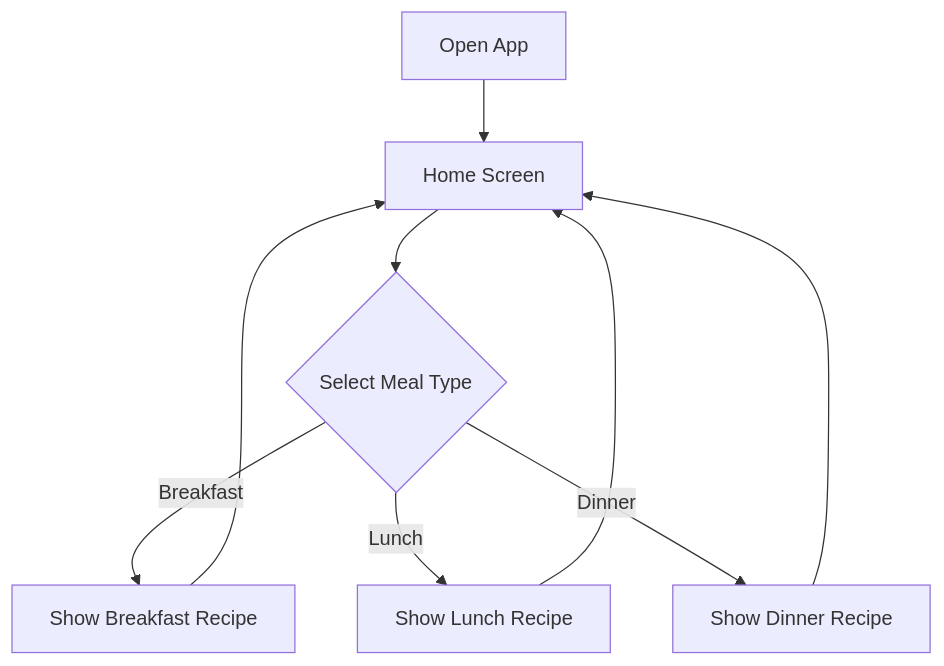
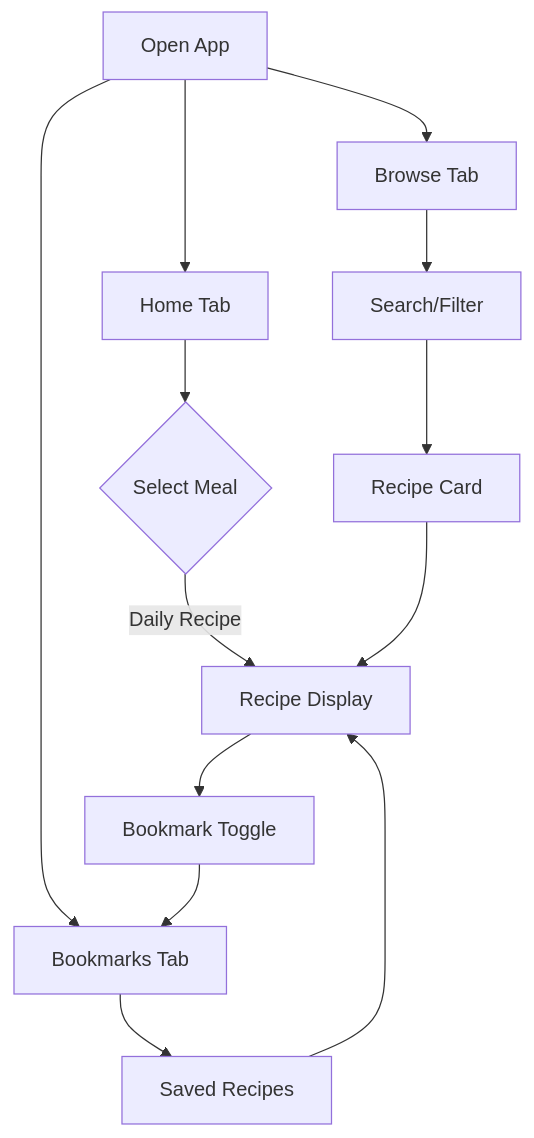
One commit to dqstartupbuild/vegandaily changed the diagram in README.md. Above: the diagram before and after it, drawn with Mermaid. The commit also changed other lines of this file and 19 other files, not shown here.

Commit message:
feat: Implement multi-tab navigation with Browse and Bookmarks features, including search, filters, persistent bookmark storage, and a dedicated recipe detail screen.

````diff
--- a/README.md
+++ b/README.md
@@ -51,11 +52,15 @@
 ```mermaid
 flowchart TD
-    A[Open App] --> B[Home Screen]
-    B --> C{Select Meal Type}
-    C -->|Breakfast| D[Show Breakfast Recipe]
-    C -->|Lunch| E[Show Lunch Recipe]
-    C -->|Dinner| F[Show Dinner Recipe]
-    D --> B
-    E --> B
-    F --> B
+    A[Open App] --> B[Home Tab]
+    A --> G[Browse Tab]
+    A --> H[Bookmarks Tab]
+    B --> C{Select Meal}
+    C -->|Daily Recipe| D[Recipe Display]
+    G --> I[Search/Filter]
+    I --> J[Recipe Card]
+    J --> D
+    H --> K[Saved Recipes]
+    K --> D
+    D --> L[Bookmark Toggle]
+    L --> H
 ```
````
